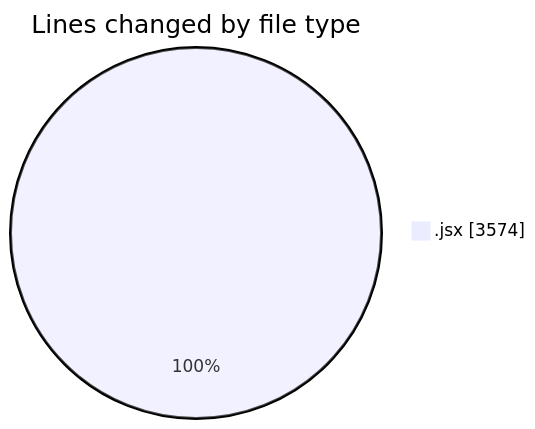
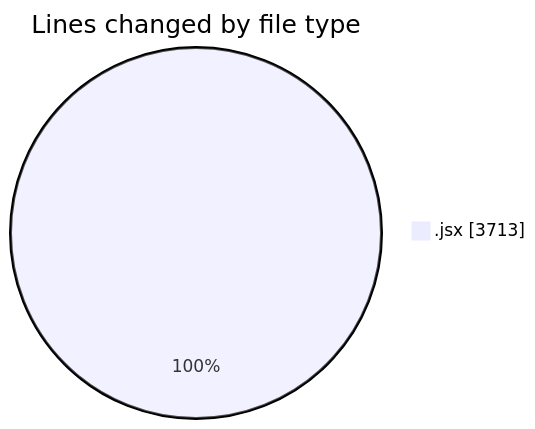
Before and after one commit to nxtqubesakshisongat/code-tracking: the first of 2 diagrams in 2025-05-12/argos-dev/README.md, drawn with Mermaid. The commit also changed other lines of this file and 1 other file, not shown here.

````diff
--- a/2025-05-12/argos-dev/README.md
+++ b/2025-05-12/argos-dev/README.md
@@ -26,5 +26,5 @@
 ```mermaid
 pie showData
 title Lines changed by file type
-".jsx" : 3574
+".jsx" : 3713
 ```
````
